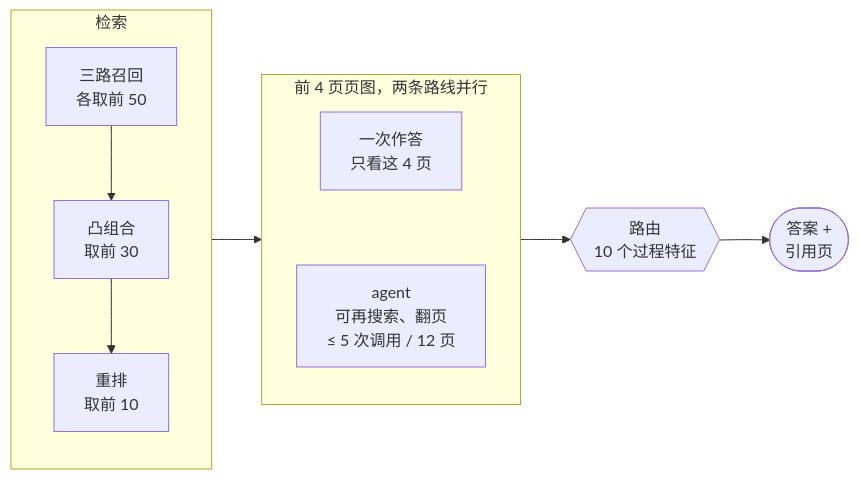
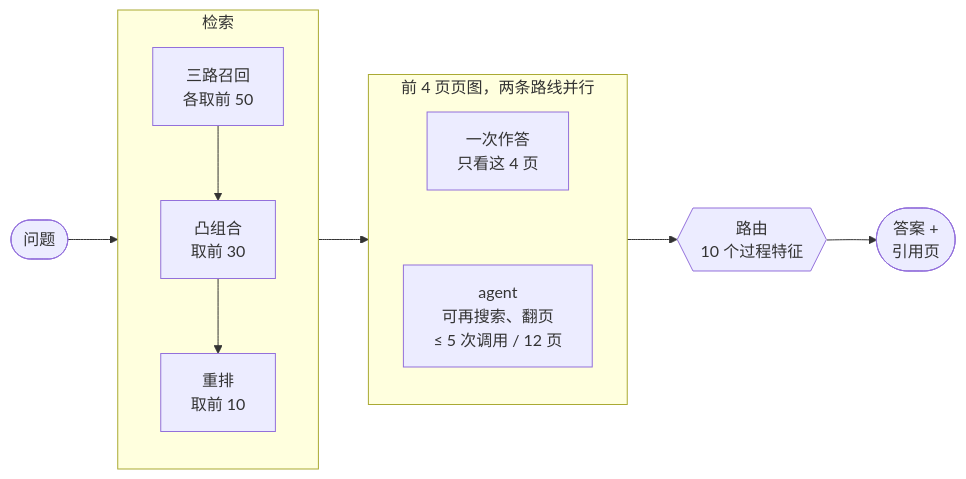
One commit to ruychevvy-a11y/agentic-multimodal-doc-rag changed the second of 2 diagrams in README.md. Above: the diagram before and after it, drawn with Mermaid. The commit also changed other lines of this file and 5 other files, not shown here.

Commit message:
Use badge buttons for language switching and add the question node to the answering flowchart

````diff
--- a/README.md
+++ b/README.md
@@ -69,16 +72,17 @@
 ```mermaid
 flowchart LR
+    question(["问题"]) --> retrieval
     subgraph retrieval["检索"]
         direction TB
         recall["三路召回<br/>各取前 50"] --> convex["凸组合<br/>取前 30"] --> rerank["重排<br/>取前 10"]
     end
     retrieval --> routes
     subgraph routes["前 4 页页图，两条路线并行"]
         direction TB
         oneshot["一次作答<br/>只看这 4 页"]
         agent["agent<br/>可再搜索、翻页<br/>≤ 5 次调用 / 12 页"]
         oneshot ~~~ agent
     end
     routes --> router{{"路由<br/>10 个过程特征"}}
     router --> final(["答案 +<br/>引用页"])
 ```
````
